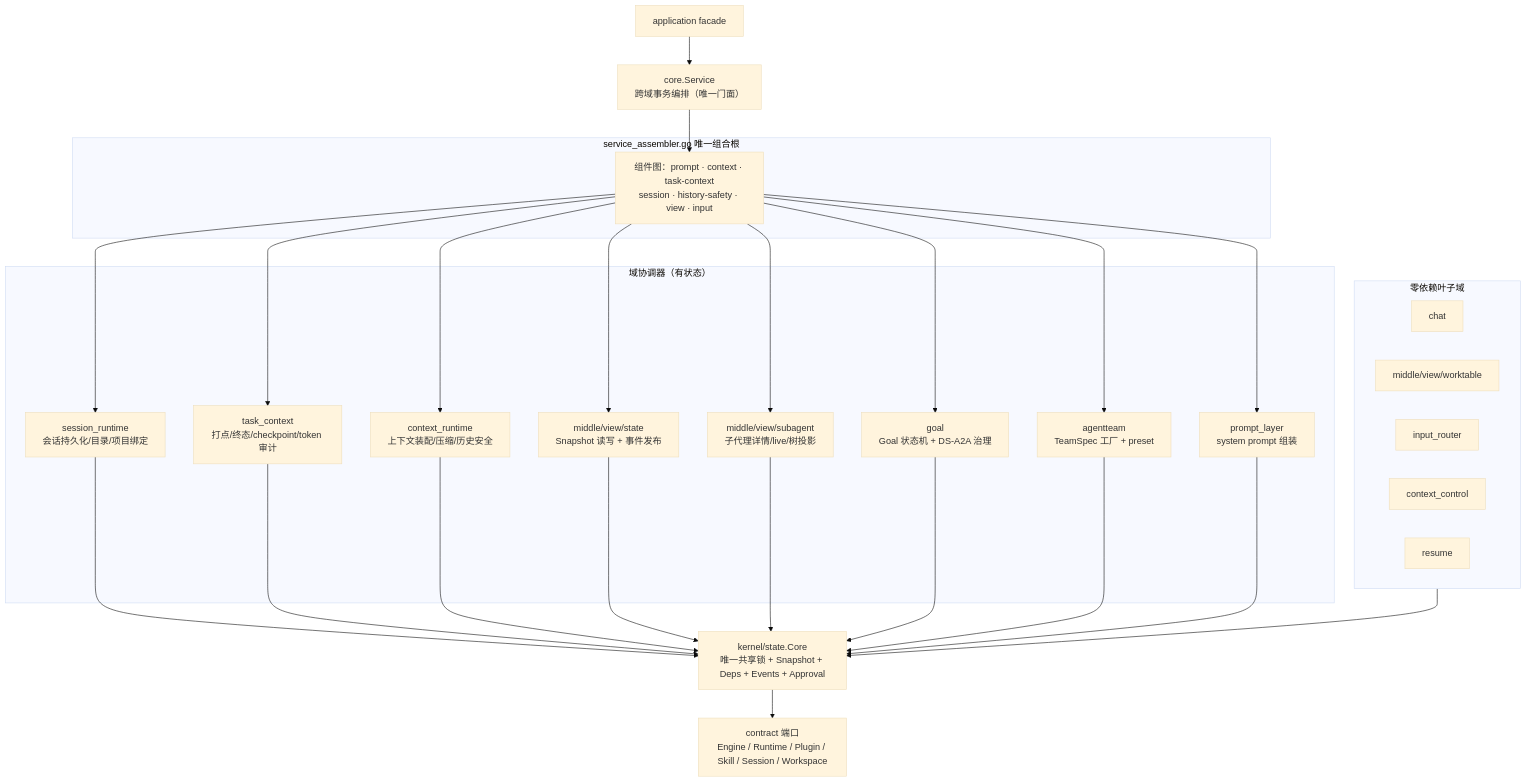
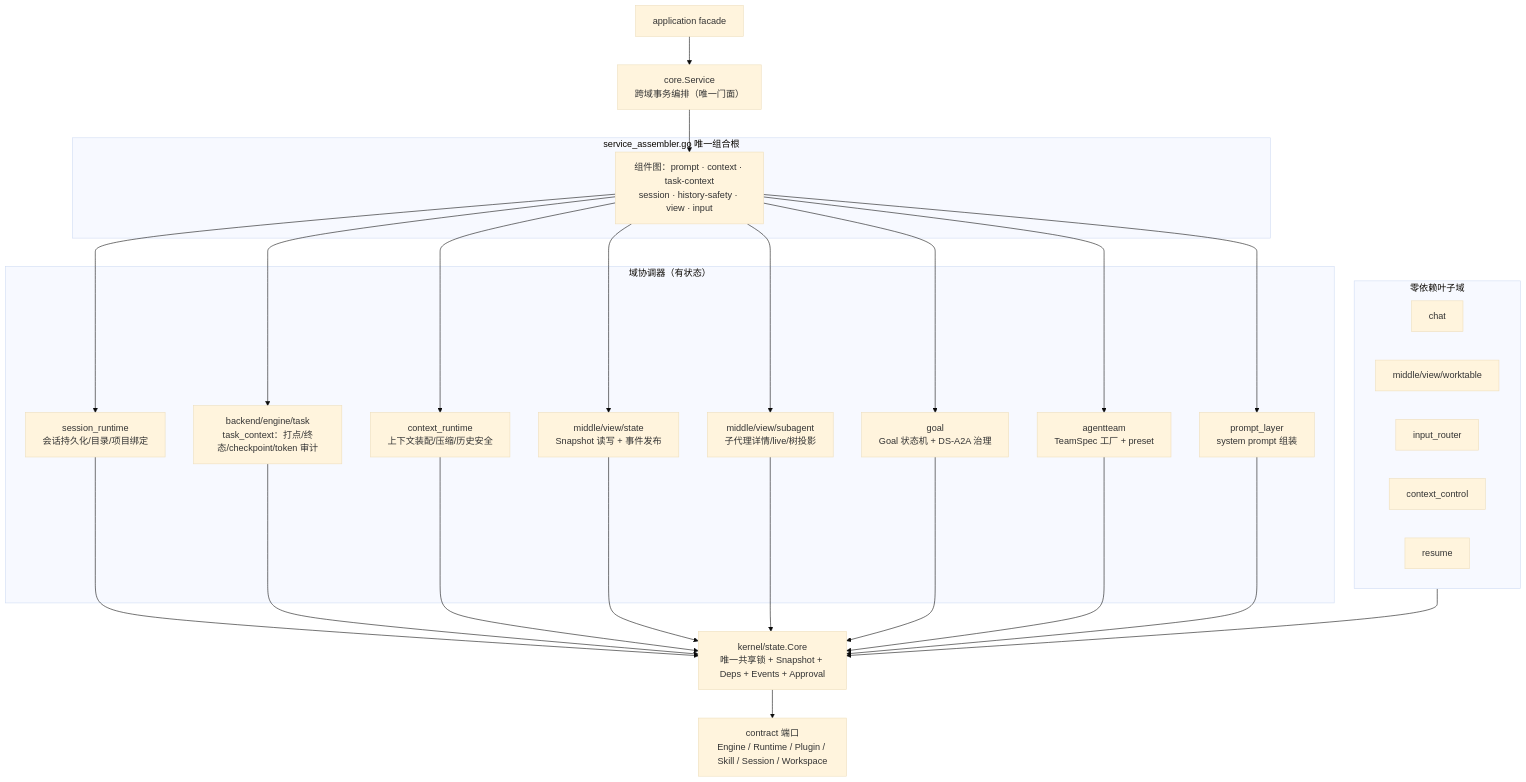
Before and after one commit to RedHuang-0622/seelex: the first of 4 diagrams in application/core/README.md, drawn with Mermaid (base theme). The commit also changed other lines of this file and 83 other files, not shown here.

First line of the commit message:
refactor(arch): M5-R7a task_context 整包归位 backend/engine/task（plan §2.5）

````diff
--- a/application/core/README.md
+++ b/application/core/README.md
@@ -40,51 +42,51 @@
 ```mermaid
 flowchart TB
     FACADE["application facade"] --> SVC["core.Service<br/>跨域事务编排（唯一门面）"]
 
     subgraph ASSEMBLER["service_assembler.go 唯一组合根"]
         COMP["组件图：prompt · context · task-context<br/>session · history-safety · view · input"]
     end
 
     SVC --> COMP
 
     subgraph DOMAIN["域协调器（有状态）"]
         SR["session_runtime<br/>会话持久化/目录/项目绑定"]
-        TC["task_context<br/>打点/终态/checkpoint/token 审计"]
+        TC["backend/engine/task<br/>task_context：打点/终态/checkpoint/token 审计"]
         CR["context_runtime<br/>上下文装配/压缩/历史安全"]
         VS["middle/view/state<br/>Snapshot 读写 + 事件发布"]
         SV["middle/view/subagent<br/>子代理详情/live/树投影"]
         GOAL["goal<br/>Goal 状态机 + DS-A2A 治理"]
         TEAM["agentteam<br/>TeamSpec 工厂 + preset"]
         PL["prompt_layer<br/>system prompt 组装"]
     end
 
     subgraph LEAF["零依赖叶子域"]
         CHAT["chat"]
         WT["middle/view/worktable"]
         IR["input_router"]
         CC["context_control"]
         RES["resume"]
     end
 
     ST["kernel/state.Core<br/>唯一共享锁 + Snapshot + Deps + Events + Approval"]
     PORTS["contract 端口<br/>Engine / Runtime / Plugin / Skill / Session / Workspace"]
 
     COMP --> SR
     COMP --> TC
     COMP --> CR
     COMP --> VS
     COMP --> SV
     COMP --> GOAL
     COMP --> TEAM
     COMP --> PL
     SR --> ST
     TC --> ST
     CR --> ST
     VS --> ST
     SV --> ST
     GOAL --> ST
     TEAM --> ST
     PL --> ST
     LEAF --> ST
     ST --> PORTS
 ```
````
